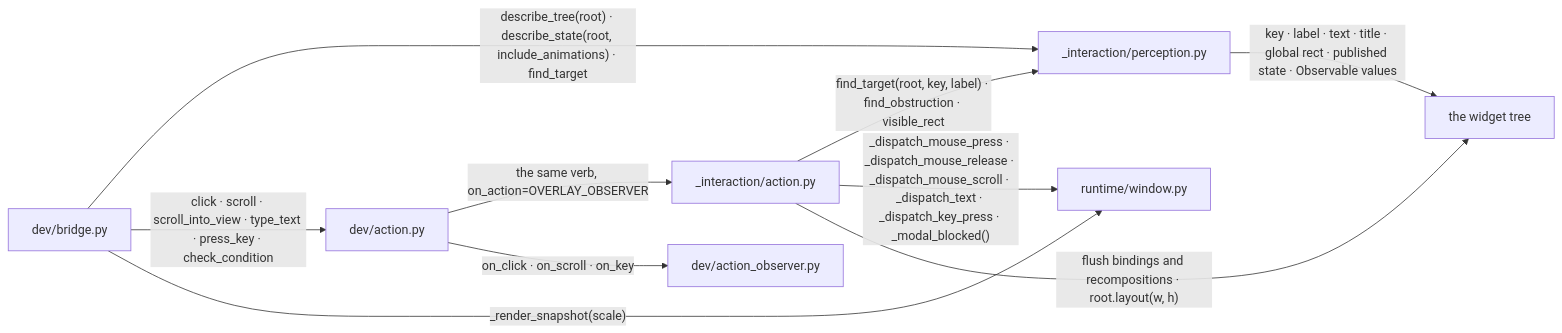
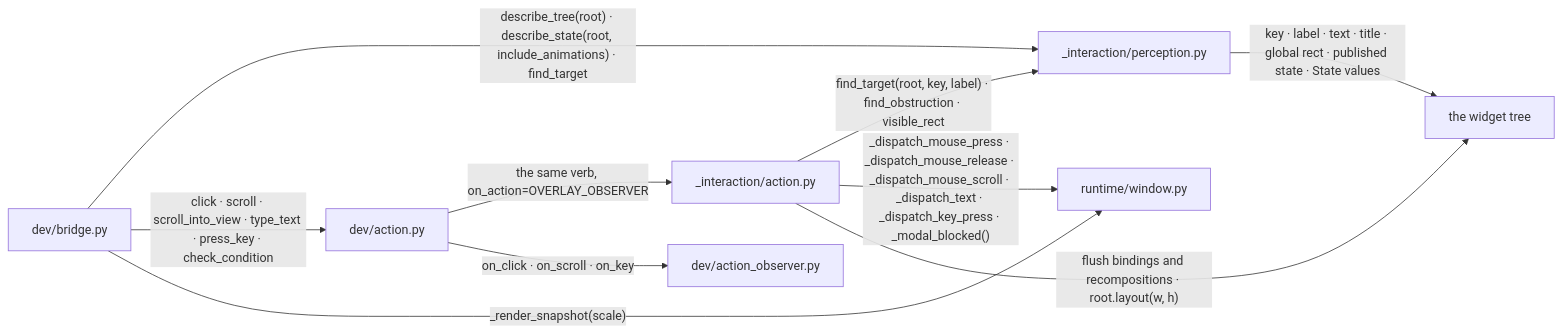
The fourth of 7 diagrams in docs/design/DEV_BRIDGE.md (yuksblog/nuiitivet), drawn with Mermaid before and after one commit. The commit also changed other lines of this file and 77 other files, not shown here.

````diff
--- a/docs/design/DEV_BRIDGE.md
+++ b/docs/design/DEV_BRIDGE.md
@@ -126,20 +126,20 @@
 ```mermaid
 flowchart LR
     perception[_interaction/perception.py]
     action[_interaction/action.py]
     devaction[dev/action.py]
     observer[dev/action_observer.py]
     bridge[dev/bridge.py]
     window[runtime/window.py]
     tree[the widget tree]
 
     bridge -- "describe_tree(root) · describe_state(root, include_animations) · find_target" --> perception
     bridge -- "click · scroll · scroll_into_view · type_text · press_key · check_condition" --> devaction
     devaction -- "the same verb, on_action=OVERLAY_OBSERVER" --> action
     action -- "find_target(root, key, label) · find_obstruction · visible_rect" --> perception
     action -- "_dispatch_mouse_press · _dispatch_mouse_release · _dispatch_mouse_scroll · _dispatch_text · _dispatch_key_press · _modal_blocked()" --> window
     action -- "flush bindings and recompositions · root.layout(w, h)" --> tree
     bridge -- "_render_snapshot(scale)" --> window
     devaction -- "on_click · on_scroll · on_key" --> observer
-    perception -- "key · label · text · title · global rect · published state · Observable values" --> tree
+    perception -- "key · label · text · title · global rect · published state · State values" --> tree
 ```
````
